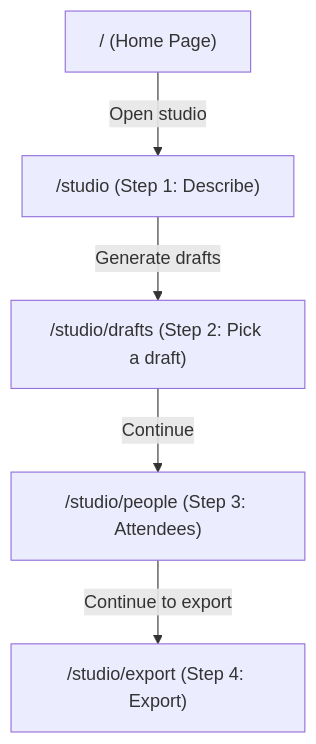
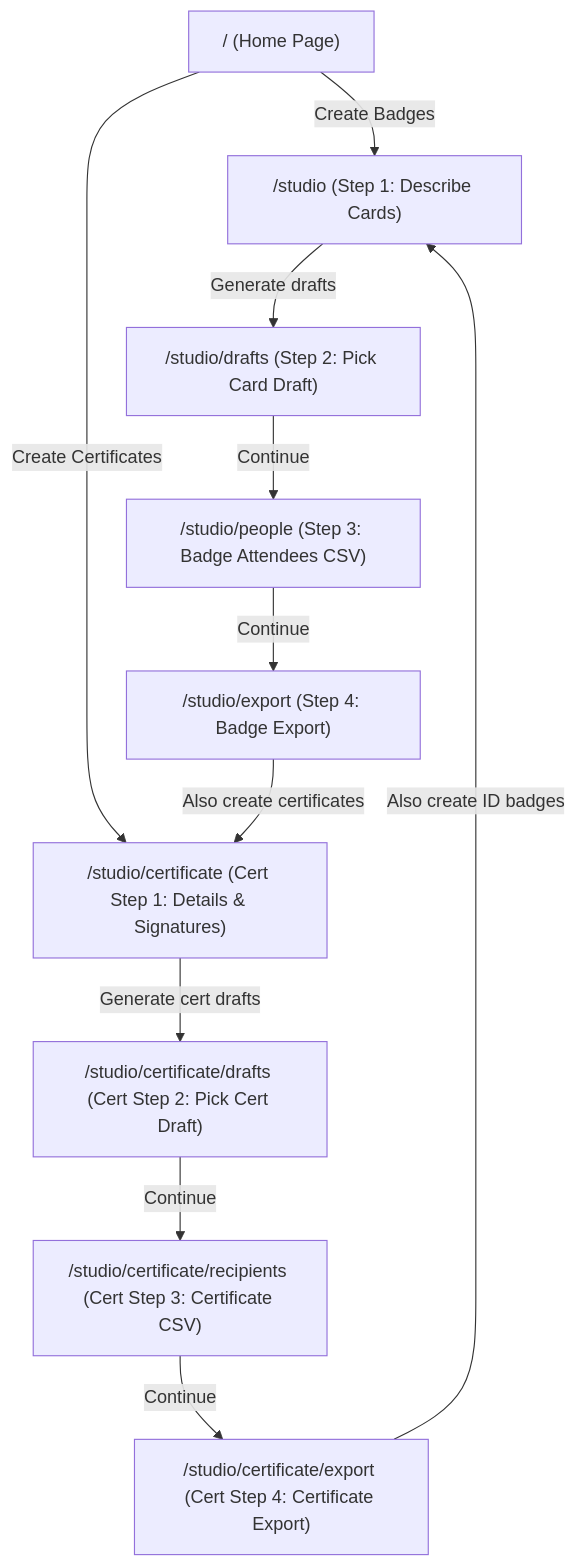
One commit to khatridiya5/acm-content-studio changed the diagram in summary.md. Above: the diagram before and after it, drawn with Mermaid. The commit also changed other lines of this file and 21 other files, not shown here.

````diff
--- a/summary.md
+++ b/summary.md
@@ -86,7 +93,13 @@
 ```mermaid
 graph TD
-    A["/ (Home Page)"] -->|Open studio| B["/studio (Step 1: Describe)"]
-    B -->|Generate drafts| C["/studio/drafts (Step 2: Pick a draft)"]
-    C -->|Continue| D["/studio/people (Step 3: Attendees)"]
-    D -->|Continue to export| E["/studio/export (Step 4: Export)"]
+    A["/ (Home Page)"] -->|Create Badges| B["/studio (Step 1: Describe Cards)"]
+    A -->|Create Certificates| F["/studio/certificate (Cert Step 1: Details & Signatures)"]
+    B -->|Generate drafts| C["/studio/drafts (Step 2: Pick Card Draft)"]
+    C -->|Continue| D["/studio/people (Step 3: Badge Attendees CSV)"]
+    D -->|Continue| E["/studio/export (Step 4: Badge Export)"]
+    E -->|Also create certificates| F
+    F -->|Generate cert drafts| G["/studio/certificate/drafts (Cert Step 2: Pick Cert Draft)"]
+    G -->|Continue| H["/studio/certificate/recipients (Cert Step 3: Certificate CSV)"]
+    H -->|Continue| I["/studio/certificate/export (Cert Step 4: Certificate Export)"]
+    I -->|Also create ID badges| B
 ```
````
